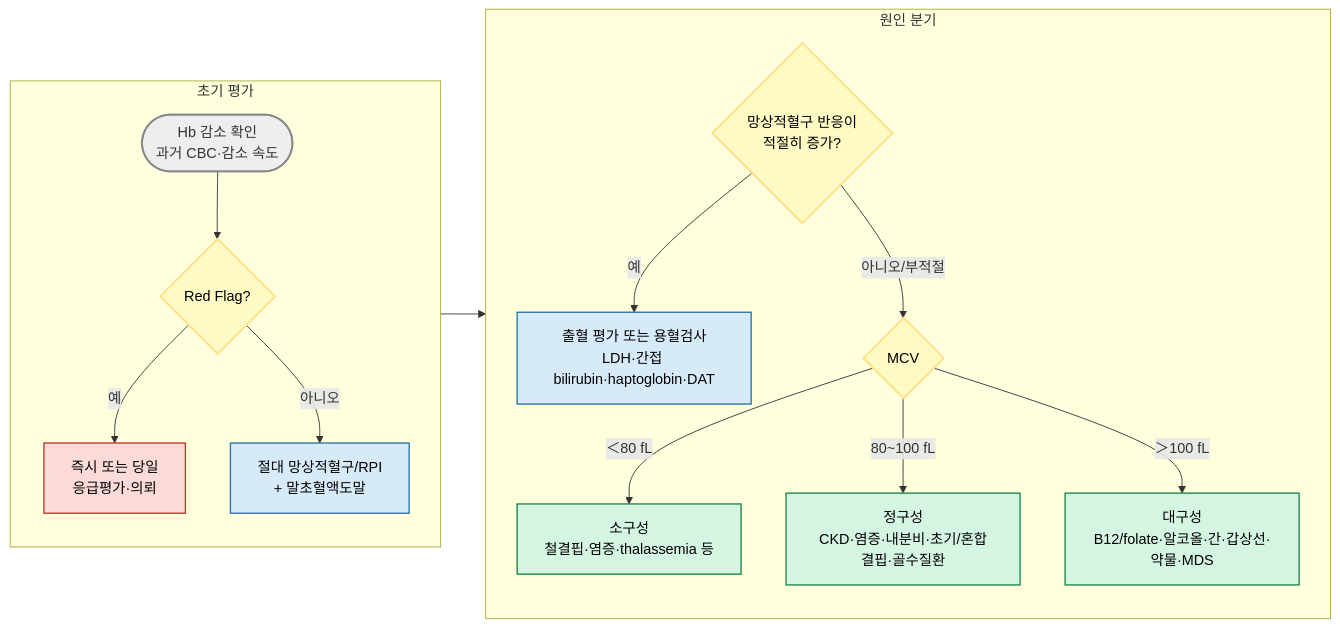
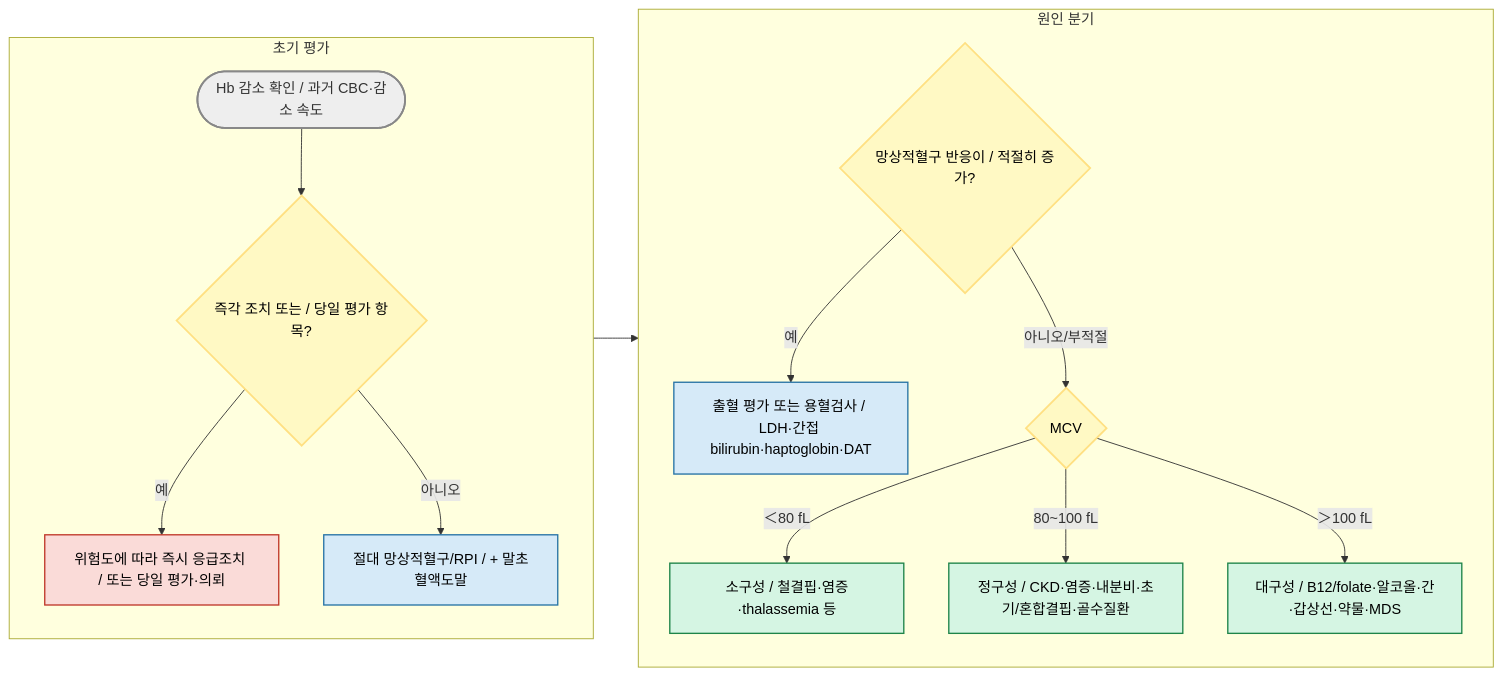
Before and after one commit to familyoh77/familyoh77: the diagram in 230_/192_-anemia.md, drawn with Mermaid. The commit also changed other lines of this file and 9 other files, not shown here.

````diff
--- a/230_/192_-anemia.md
+++ b/230_/192_-anemia.md
@@ -116,41 +118,41 @@
 ```mermaid
 flowchart LR
-    subgraph A[초기 평가]
+    subgraph A["초기 평가"]
         direction TB
-        S([Hb 감소 확인<br/>과거 CBC·감소 속도])
-        R{Red Flag?}
-        E[즉시 또는 당일<br/>응급평가·의뢰]
-        T[절대 망상적혈구/RPI<br/>+ 말초혈액도말]
+        S(["Hb 감소 확인 / 과거 CBC·감소 속도"])
+        R{"즉각 조치 또는 / 당일 평가 항목?"}
+        E["위험도에 따라 즉시 응급조치 / 또는 당일 평가·의뢰"]
+        T["절대 망상적혈구/RPI / + 말초혈액도말"]
         S --> R
         R -- 예 --> E
         R -- 아니오 --> T
     end
 
-    subgraph B[원인 분기]
+    subgraph B["원인 분기"]
         direction TB
-        H{망상적혈구 반응이<br/>적절히 증가?}
-        L[출혈 평가 또는 용혈검사<br/>LDH·간접 bilirubin·haptoglobin·DAT]
-        M{MCV}
-        Mi[소구성<br/>철결핍·염증·thalassemia 등]
-        N[정구성<br/>CKD·염증·내분비·초기/혼합결핍·골수질환]
-        Ma[대구성<br/>B12/folate·알코올·간·갑상선·약물·MDS]
+        H{"망상적혈구 반응이 / 적절히 증가?"}
+        L["출혈 평가 또는 용혈검사 / LDH·간접 bilirubin·haptoglobin·DAT"]
+        M{"MCV"}
+        Mi["소구성 / 철결핍·염증·thalassemia 등"]
+        N["정구성 / CKD·염증·내분비·초기/혼합결핍·골수질환"]
+        Ma["대구성 / B12/folate·알코올·간·갑상선·약물·MDS"]
         H -- 예 --> L
         H -- 아니오/부적절 --> M
         M -- ＜80 fL --> Mi
         M -- 80~100 fL --> N
         M -- ＞100 fL --> Ma
     end
 
     T --> H
 
     classDef start fill:#eeeeee,stroke:#888888,stroke-width:2px;
     classDef decision fill:#fff9c4,stroke:#ffe082,color:#000,stroke-width:2px;
     classDef urgent fill:#fadbd8,stroke:#c0392b,color:#000,stroke-width:1.5px;
     classDef action fill:#d6eaf8,stroke:#2874a6,color:#000,stroke-width:1.5px;
     classDef endpoint fill:#d5f5e3,stroke:#1e8449,color:#000,stroke-width:1.5px;
     class S start;
     class R,H,M decision;
     class E urgent;
     class T,L action;
     class Mi,N,Ma endpoint;
 ```
````
